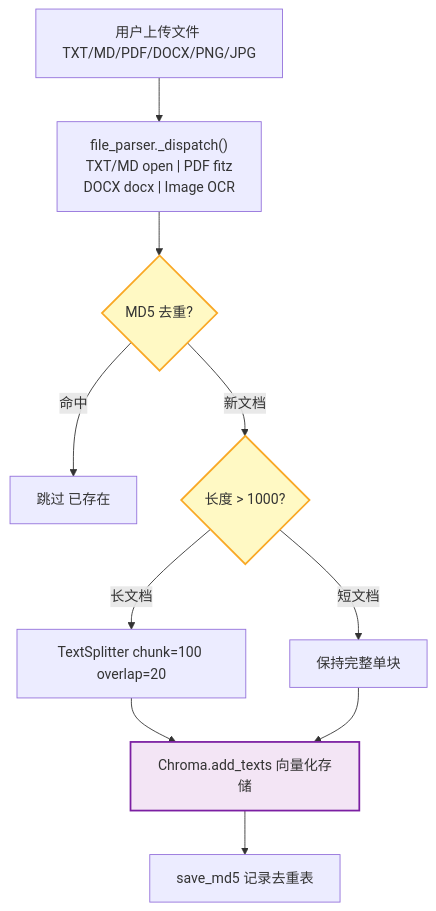
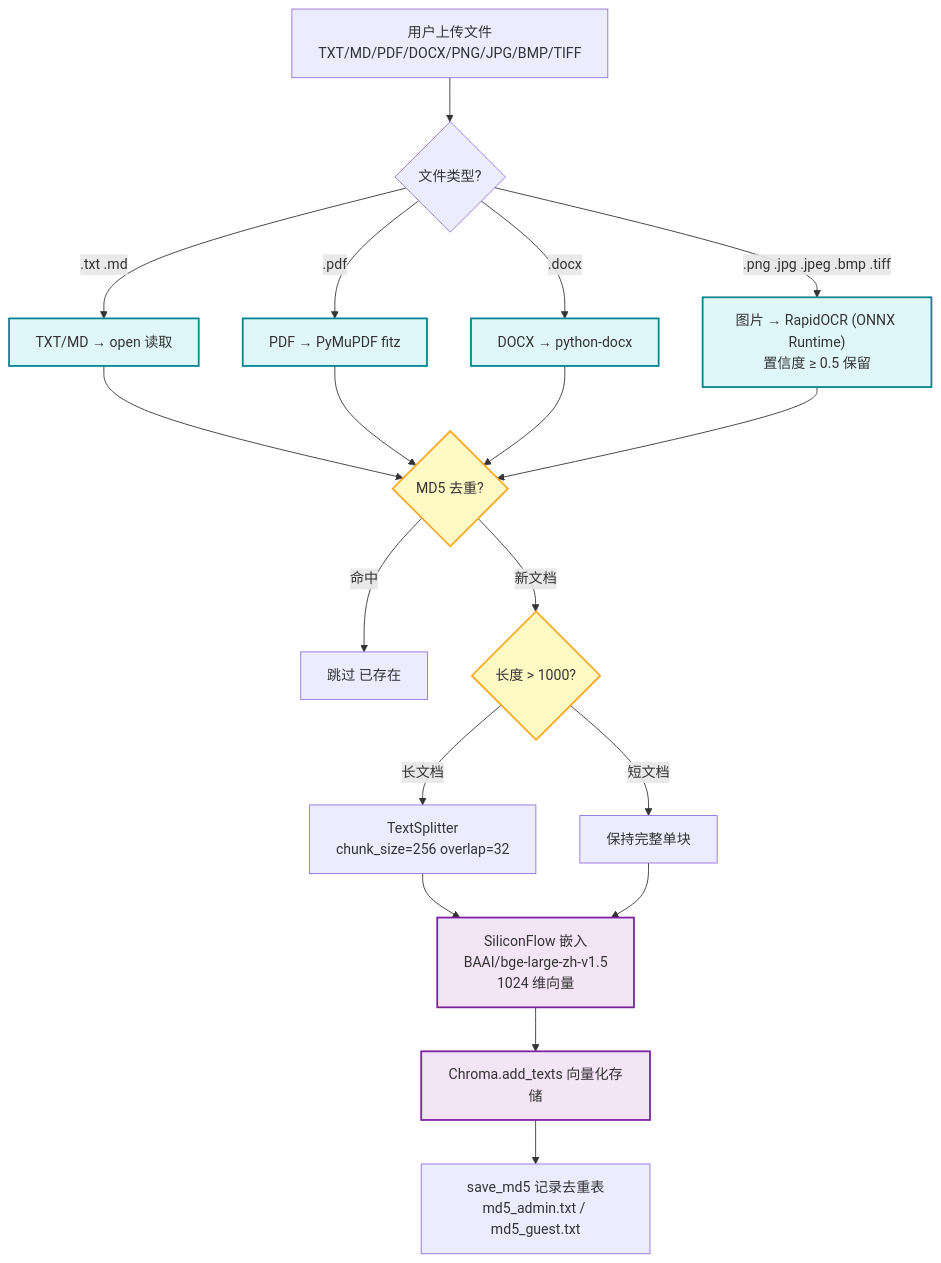
The diagram in docs/diagrams/data_flow_upload.md (VanityHuang/rag-smart-customer-service), drawn with Mermaid before and after one commit. The commit also changed 14 other files, not shown here.

First line of the commit message:
docs: 更新架构文档和 Mermaid 图，同步代码实际状态

````diff
--- a/docs/diagrams/data_flow_upload.md
+++ b/docs/diagrams/data_flow_upload.md
@@ -3,32 +3,49 @@
 ```mermaid
 flowchart TD
-  A["用户上传文件 TXT/MD/PDF/DOCX/PNG/JPG"]
+  A["用户上传文件\nTXT/MD/PDF/DOCX/PNG/JPG/BMP/TIFF"]
 
-  B["file_parser._dispatch()\nTXT/MD open | PDF fitz\nDOCX docx | Image OCR"]
+  B{"文件类型?"}
+
+  B_txt["TXT/MD → open 读取"]
+  B_pdf["PDF → PyMuPDF fitz"]
+  B_docx["DOCX → python-docx"]
+  B_img["图片 → RapidOCR (ONNX Runtime)\n置信度 ≥ 0.5 保留"]
 
   C{"MD5 去重?"}
 
   D["跳过 已存在"]
 
   E{"长度 > 1000?"}
 
-  F["TextSplitter chunk=100 overlap=20"]
+  F["TextSplitter\nchunk_size=256 overlap=32"]
 
   G["保持完整单块"]
 
-  H["Chroma.add_texts 向量化存储"]
+  H["SiliconFlow 嵌入\nBAAI/bge-large-zh-v1.5\n1024 维向量"]
 
-  I["save_md5 记录去重表"]
+  I["Chroma.add_texts 向量化存储"]
 
-  A --> B --> C
+  J["save_md5 记录去重表\nmd5_admin.txt / md5_guest.txt"]
+
+  A --> B
+  B -->|".txt .md"| B_txt
+  B -->|".pdf"| B_pdf
+  B -->|".docx"| B_docx
+  B -->|".png .jpg .jpeg .bmp .tiff"| B_img
+  B_txt --> C
+  B_pdf --> C
+  B_docx --> C
+  B_img --> C
   C -->|"命中"| D
   C -->|"新文档"| E
   E -->|"长文档"| F --> H
   E -->|"短文档"| G --> H
-  H --> I
+  H --> I --> J
 
   classDef decision fill:#FFF9C4,stroke:#F9A825,stroke-width:2px
   classDef embed fill:#F3E5F5,stroke:#7B1FA2,stroke-width:2px
+  classDef parse fill:#E0F7FA,stroke:#00838F,stroke-width:2px
   class C,E decision
-  class H embed
+  class H,I embed
+  class B_txt,B_pdf,B_docx,B_img parse
 ```
````
